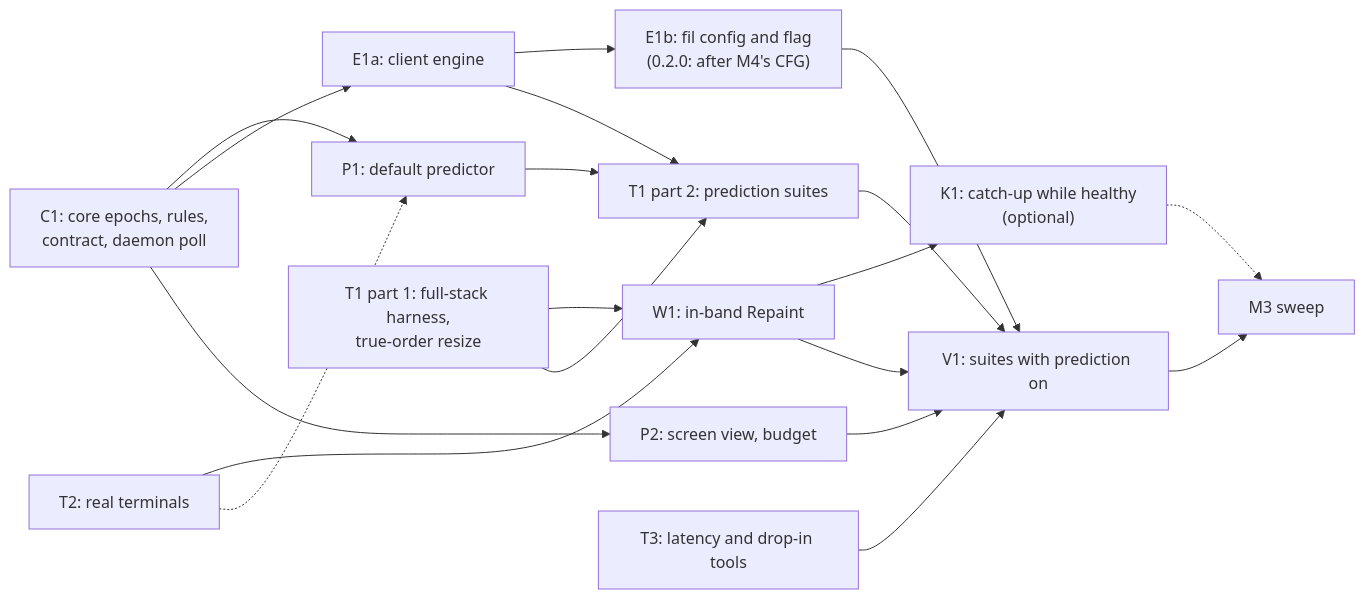
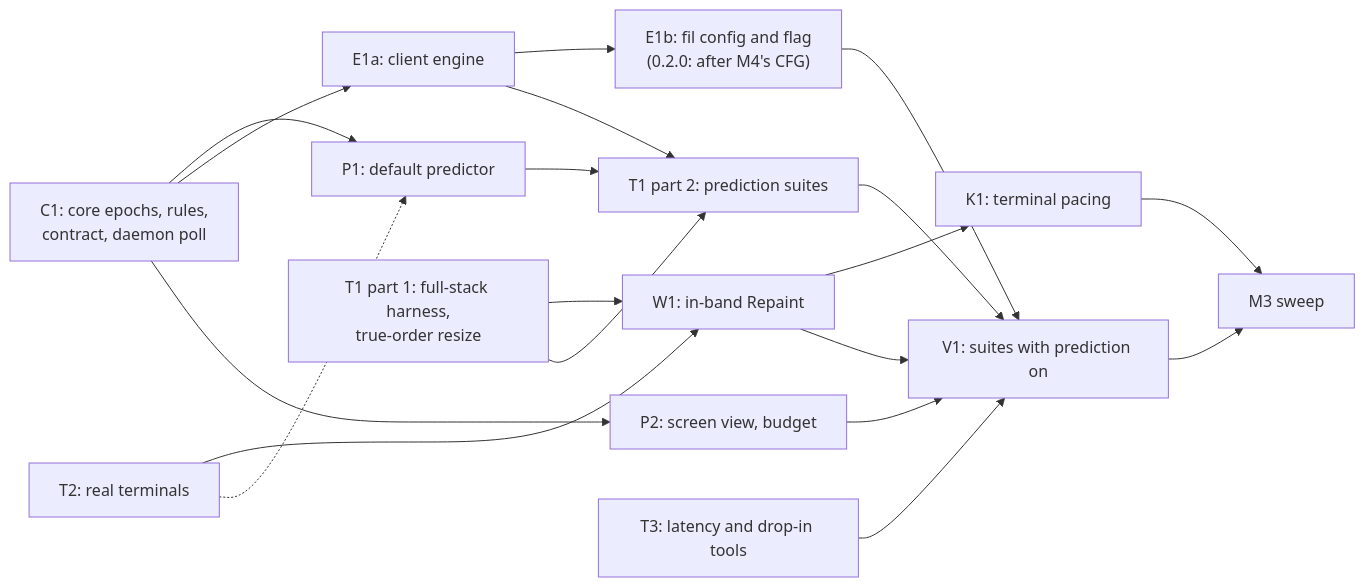
Before and after one commit to anthonytw/fil: the second of 2 diagrams in docs/m3/plan.md, drawn with Mermaid. The commit also changed other lines of this file and 18 other files, not shown here.

````diff
--- a/docs/m3/plan.md
+++ b/docs/m3/plan.md
@@ -360,21 +360,21 @@
 ```mermaid
 flowchart LR
   C1["C1: core epochs, rules,<br/>contract, daemon poll"] --> P1["P1: default predictor"]
   C1 --> E1a["E1a: client engine"]
   C1 --> P2["P2: screen view, budget"]
   T1a["T1 part 1: full-stack harness,<br/>true-order resize"] --> W1["W1: in-band Repaint"]
   T2["T2: real terminals"] --> W1
   T2 -.-> P1
   E1a --> E1b["E1b: fil config and flag<br/>(0.2.0: after M4's CFG)"]
-  W1 --> K1["K1: catch-up while healthy<br/>(optional)"]
+  W1 --> K1["K1: terminal pacing"]
   T1a --> T1b["T1 part 2: prediction suites"]
   P1 --> T1b
   E1a --> T1b
   T3["T3: latency and drop-in tools"] --> V1
   T1b --> V1["V1: suites with prediction on"]
   P2 --> V1
   W1 --> V1
   E1b --> V1
   V1 --> SW["M3 sweep"]
-  K1 -.-> SW
+  K1 --> SW
 ```
````
